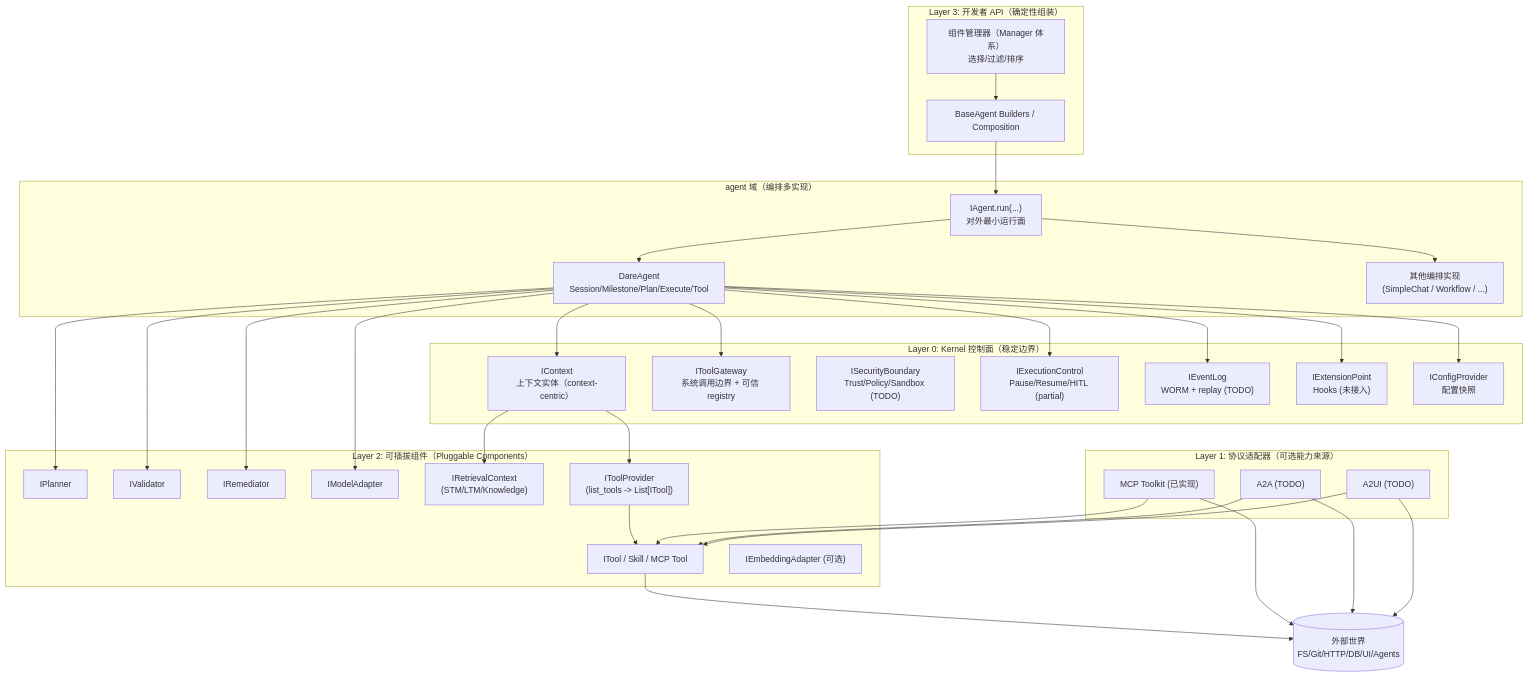
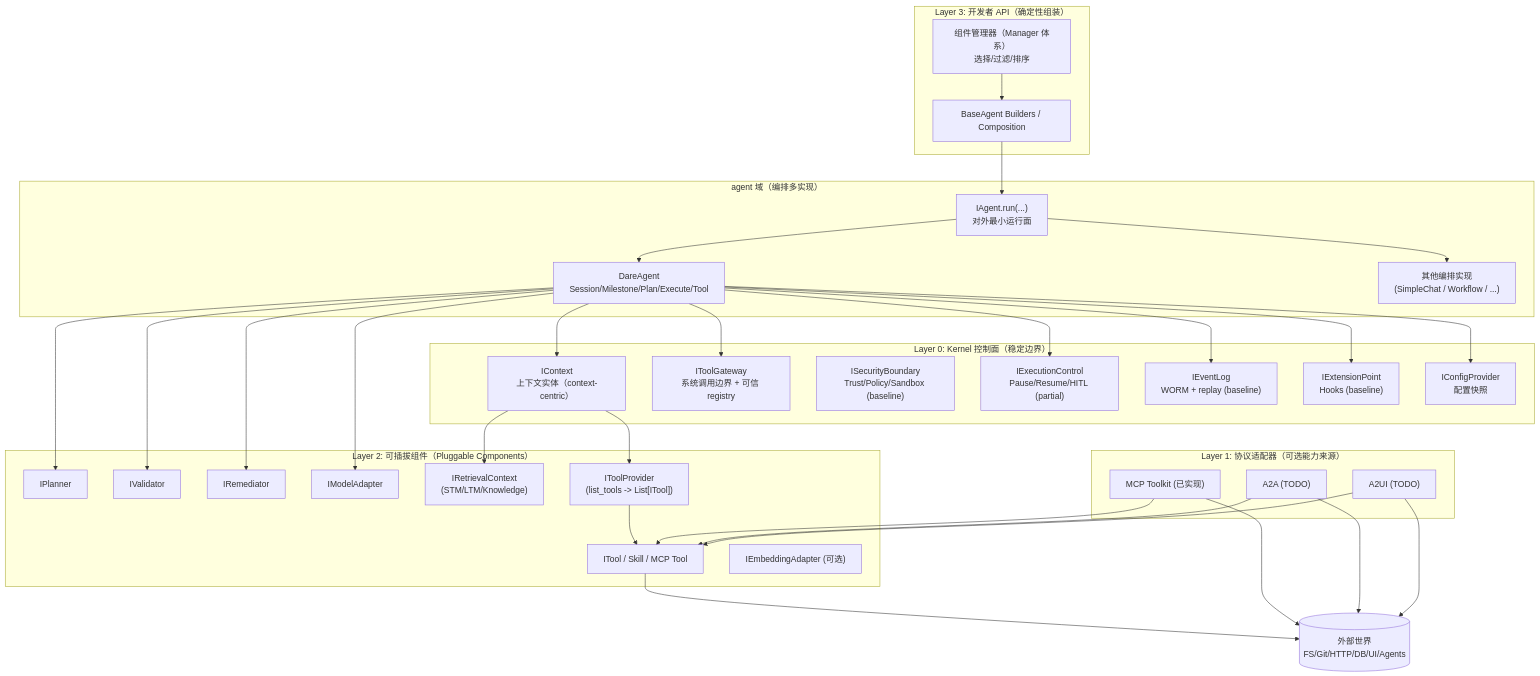
Before and after one commit to Ferris0518/Deterministic-Agent-Runtime-Engine: the first of 2 diagrams in docs/design/Architecture.md, drawn with Mermaid. The commit also changed other lines of this file and 168 other files, not shown here.

````diff
--- a/docs/design/Architecture.md
+++ b/docs/design/Architecture.md
@@ -96,76 +96,76 @@
 ```mermaid
 flowchart TB
   %% Layer 3: Developer API
   subgraph L3["Layer 3: 开发者 API（确定性组装）"]
     Builder["BaseAgent Builders / Composition"]
     Managers["组件管理器（Manager 体系）\n选择/过滤/排序"]
   end
 
   %% Agent domain
   subgraph Agent["agent 域（编排多实现）"]
     IAgent["IAgent.run(...)\n对外最小运行面"]
     FiveLayer["DareAgent\nSession/Milestone/Plan/Execute/Tool"]
     OtherOrch["其他编排实现\n(SimpleChat / Workflow / ...)" ]
   end
 
   %% Kernel control planes
   subgraph L0["Layer 0: Kernel 控制面（稳定边界）"]
     Ctx["IContext\n上下文实体（context-centric）"]
     ToolGW["IToolGateway\n系统调用边界 + 可信 registry"]
-    Sec["ISecurityBoundary\nTrust/Policy/Sandbox (TODO)"]
+    Sec["ISecurityBoundary\nTrust/Policy/Sandbox (baseline)"]
     ExecCtl["IExecutionControl\nPause/Resume/HITL (partial)"]
-    Log["IEventLog\nWORM + replay (TODO)"]
-    Hook["IExtensionPoint\nHooks (未接入)"]
+    Log["IEventLog\nWORM + replay (baseline)"]
+    Hook["IExtensionPoint\nHooks (baseline)"]
     Cfg["IConfigProvider\n配置快照"]
   end
 
   %% Layer 2: pluggable
   subgraph L2["Layer 2: 可插拔组件（Pluggable Components）"]
     Planner["IPlanner"]
     Validator["IValidator"]
     Remediator["IRemediator"]
     Model["IModelAdapter"]
     Retrieval["IRetrievalContext\n(STM/LTM/Knowledge)"]
     ToolProvider["IToolProvider\n(list_tools -> List[ITool])"]
     Tools["ITool / Skill / MCP Tool"]
     Embedding["IEmbeddingAdapter (可选)" ]
   end
 
   %% Layer 1: protocol adapters
   subgraph L1["Layer 1: 协议适配器（可选能力来源）"]
     MCP["MCP Toolkit (已实现)"]
     A2A["A2A (TODO)"]
     A2UI["A2UI (TODO)" ]
   end
 
   External[("外部世界\nFS/Git/HTTP/DB/UI/Agents")]
 
   Managers --> Builder
   Builder --> IAgent
   IAgent --> FiveLayer
   IAgent --> OtherOrch
 
   FiveLayer --> Ctx
   FiveLayer --> Planner
   FiveLayer --> Validator
   FiveLayer --> Remediator
   FiveLayer --> Model
   FiveLayer --> ToolGW
   FiveLayer --> ExecCtl
   FiveLayer --> Log
   FiveLayer --> Hook
   FiveLayer --> Cfg
 
   Ctx --> Retrieval
   Ctx --> ToolProvider
 
   ToolProvider --> Tools
   MCP --> Tools
   A2A --> Tools
   A2UI --> Tools
 
   Tools --> External
   MCP --> External
   A2A --> External
   A2UI --> External
 ```
````
